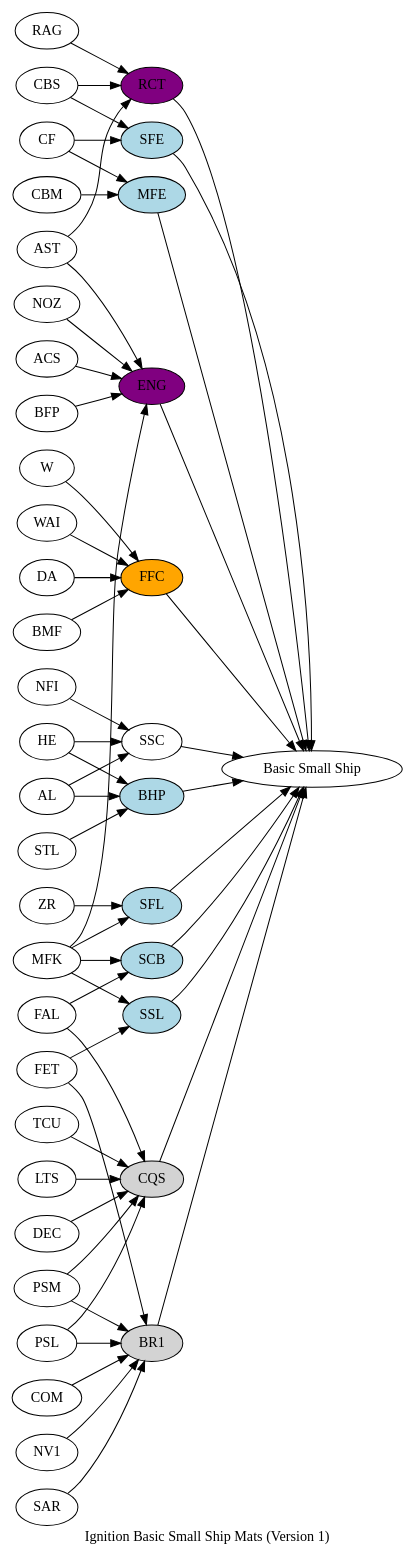
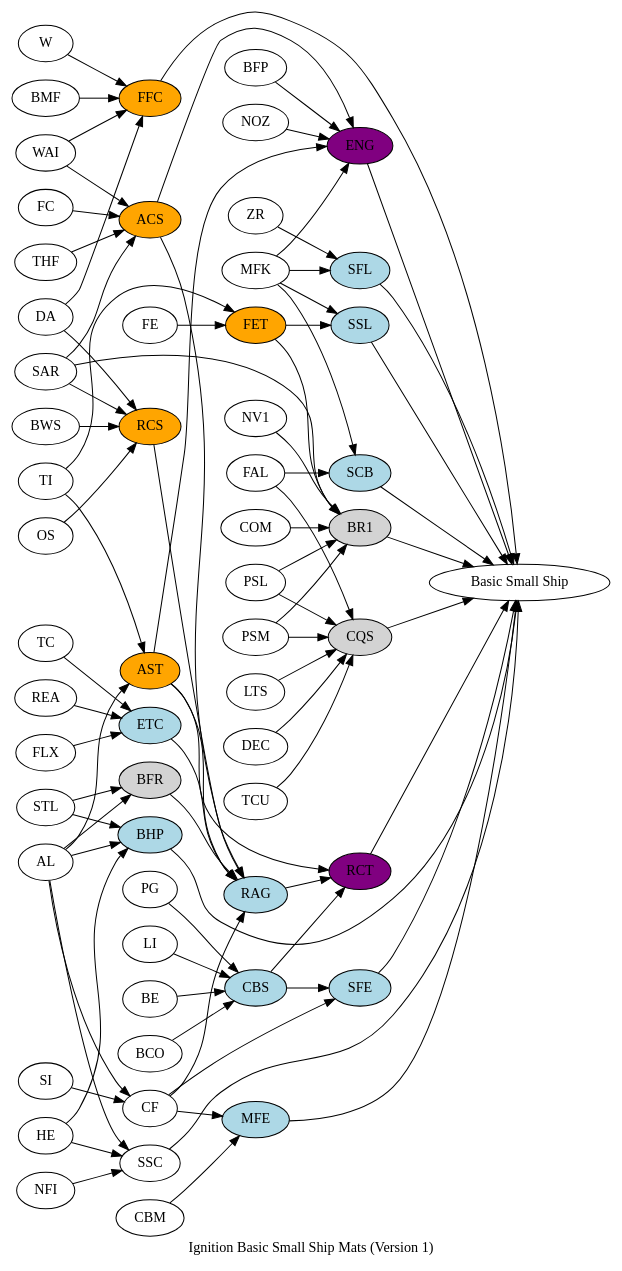
Before and after one commit to YarekTyshchenko/prun-graphs: the diagram in basic_small_ship.dot, drawn with Graphviz.

Commit message:
Update ship diagram

```diff
--- a/basic_small_ship.dot
+++ b/basic_small_ship.dot
@@ -1,51 +1,67 @@
 digraph G {
     label = "Ignition Basic Small Ship Mats (Version 1)"
     rankdir=LR
     node [style=filled]
     
     // Scientists
     node [fillcolor=purple]
-    ENG RCT
+    ENG RCT // SPF
     
     // Engineers
     node [fillcolor=orange]
-    FFC
+    FFC ACS RCS // APF
+    FET AST // ASM
     
     // Technicians
     node [fillcolor=lightblue]
     BHP // HWP
     MFE SFE // CLR
     SSL SCB SFL // SKF
+    RAG CBS // ECA
+    ETC // TNP
     
     // Settlers
     node [fillcolor=lightgray]
-    BR1 CQS
+    BR1 CQS // UPF
+    BFR // FS
     
     // Pio only (default)
     node [fillcolor=white]
 
     // Ship itself
     { BHP BR1 CQS ENG FFC MFE RCT SCB SFE SFL SSC SSL } -> "Basic Small Ship"
     
     // SKF
     { FET MFK } -> SSL
     { FAL MFK } -> SCB
     { ZR MFK } -> SFL
     // WEL
     { NFI AL HE } -> SSC
     // SPF
     { BFP NOZ AST ACS MFK } -> ENG
     { RAG AST CBS } -> RCT
     // CLR
     { CF CBM } -> MFE
     { CF CBS } -> SFE
     // APF
     { W WAI DA BMF } -> FFC
+    { WAI SAR FC THF } -> ACS
+    { BWS OS SAR DA } -> RCS
     // UPF
     { PSL PSM FET NV1 SAR COM } -> BR1
     { PSL PSM FAL LTS DEC TCU } -> CQS
     // HWP
     { AL STL HE } -> BHP
-
-    
+    // ASM
+    { FE TI } -> FET
+    { AL TI } -> AST
+    // ECA
+    { ETC BFR CF ACS RCS AST } -> RAG
+    { LI BE BCO PG } -> CBS
+    // TNP
+    { TC REA FLX } -> ETC
+    // FS
+    { STL AL } -> BFR
+    // SME
+    { AL SI } -> CF
 }
```
